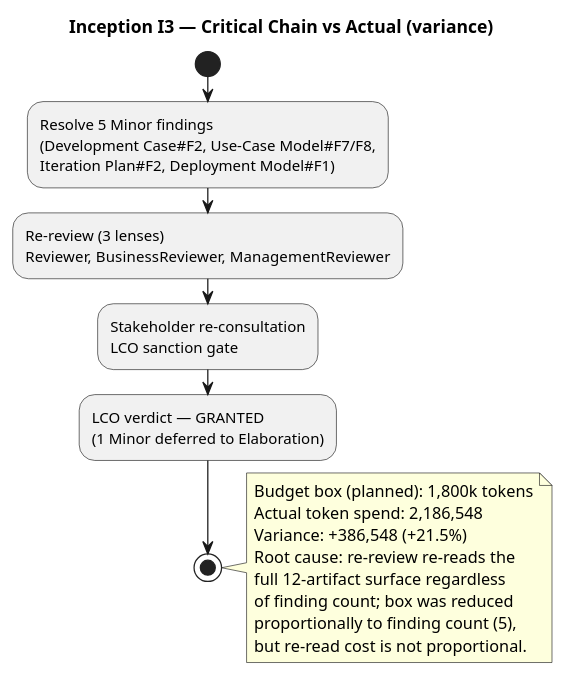
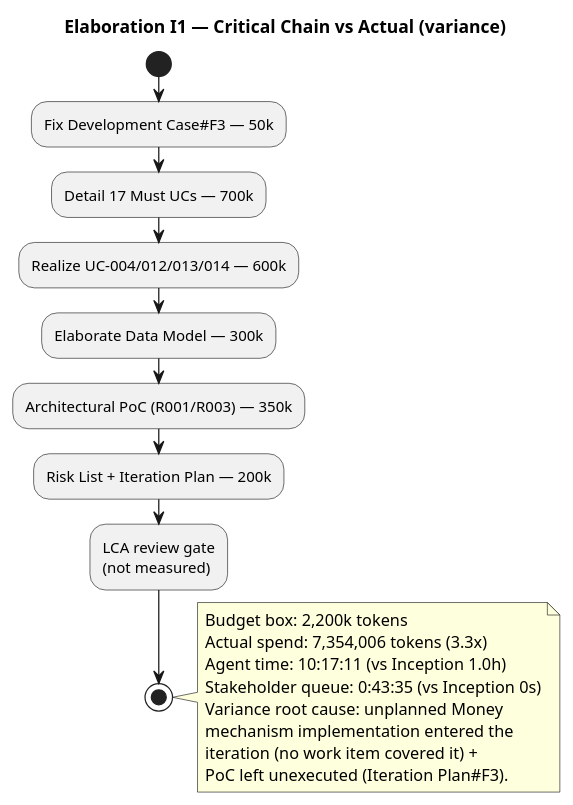
Before and after one commit to banense-test/trademe: the diagram in docs/artifacts/project-management/iteration-assessment.md, drawn with PlantUML. The commit also changed other lines of this file, not shown here.

First line of the commit message:
Project Manager [E1]: upsert Iteration Assessment

````diff
--- a/docs/artifacts/project-management/iteration-assessment.md
+++ b/docs/artifacts/project-management/iteration-assessment.md
@@ -67,23 +32,26 @@
 ```plantuml
 @startuml
-title Inception I3 — Critical Chain vs Actual (variance)
+title Elaboration I1 — Critical Chain vs Actual (variance)
 
 start
-:Resolve 5 Minor findings\n(Development Case#F2, Use-Case Model#F7/F8,\nIteration Plan#F2, Deployment Model#F1);
-:Re-review (3 lenses)\nReviewer, BusinessReviewer, ManagementReviewer;
-:Stakeholder re-consultation\nLCO sanction gate;
-:LCO verdict — GRANTED\n(1 Minor deferred to Elaboration);
+:Fix Development Case#F3 — 50k;
+:Detail 17 Must UCs — 700k;
+:Realize UC-004/012/013/014 — 600k;
+:Elaborate Data Model — 300k;
+:Architectural PoC (R001/R003) — 350k;
+:Risk List + Iteration Plan — 200k;
+:LCA review gate\n(not measured);
 stop
 
 note right
-  Budget box (planned): 1,800k tokens
-  Actual token spend: 2,186,548
-  Variance: +386,548 (+21.5%)
-  Root cause: re-review re-reads the
-  full 12-artifact surface regardless
-  of finding count; box was reduced
-  proportionally to finding count (5),
-  but re-read cost is not proportional.
+  Budget box: 2,200k tokens
+  Actual spend: 7,354,006 tokens (3.3x)
+  Agent time: 10:17:11 (vs Inception 1.0h)
+  Stakeholder queue: 0:43:35 (vs Inception 0s)
+  Variance root cause: unplanned Money
+  mechanism implementation entered the
+  iteration (no work item covered it) +
+  PoC left unexecuted (Iteration Plan#F3).
 end note
 @enduml
 ```
````
